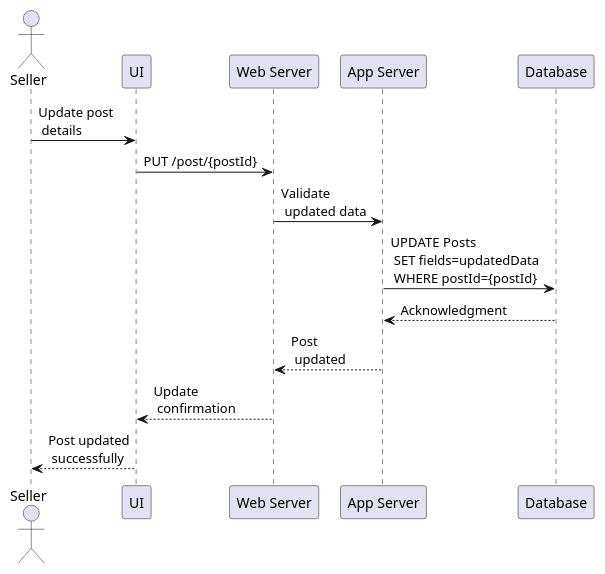
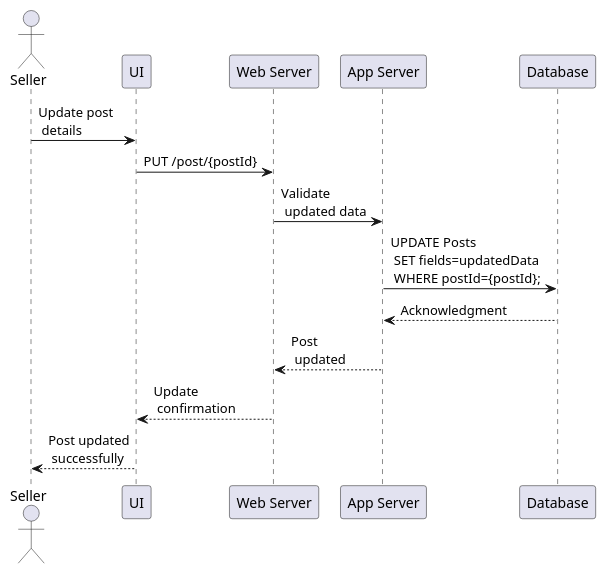
Before and after one commit to G2U-CPE36/G2U_docs: the diagram in arch/305-seq_u-edit_post.puml, drawn with PlantUML. The commit also changed 4 other files, not shown here.

First line of the commit message:
Fix: syntax issue in use case diagram

```diff
--- a/arch/305-seq_u-edit_post.puml
+++ b/arch/305-seq_u-edit_post.puml
@@ -1,16 +1,16 @@
 @startuml
 actor Seller
 participant "UI" as UI
 participant "Web Server" as Web
 participant "App Server" as App
 participant "Database" as DB
 
 Seller -> UI: Update post\n details
 UI -> Web: PUT /post/{postId}
 Web -> App: Validate\n updated data
-App -> DB: UPDATE Posts\n SET fields=updatedData\n WHERE postId={postId}
+App -> DB: UPDATE Posts\n SET fields=updatedData\n WHERE postId={postId};
 DB --> App: Acknowledgment
 App --> Web: Post\n updated
 Web --> UI: Update\n confirmation
 UI --> Seller: Post updated\n successfully
 @enduml
```
